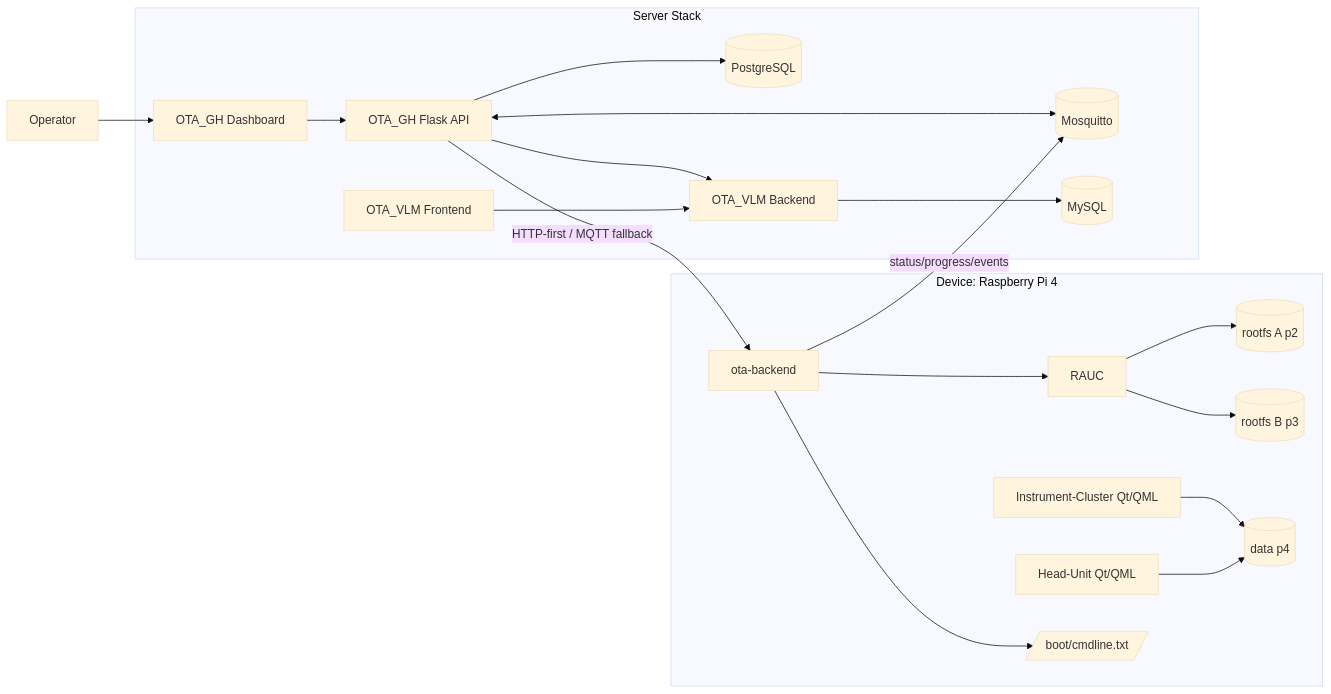
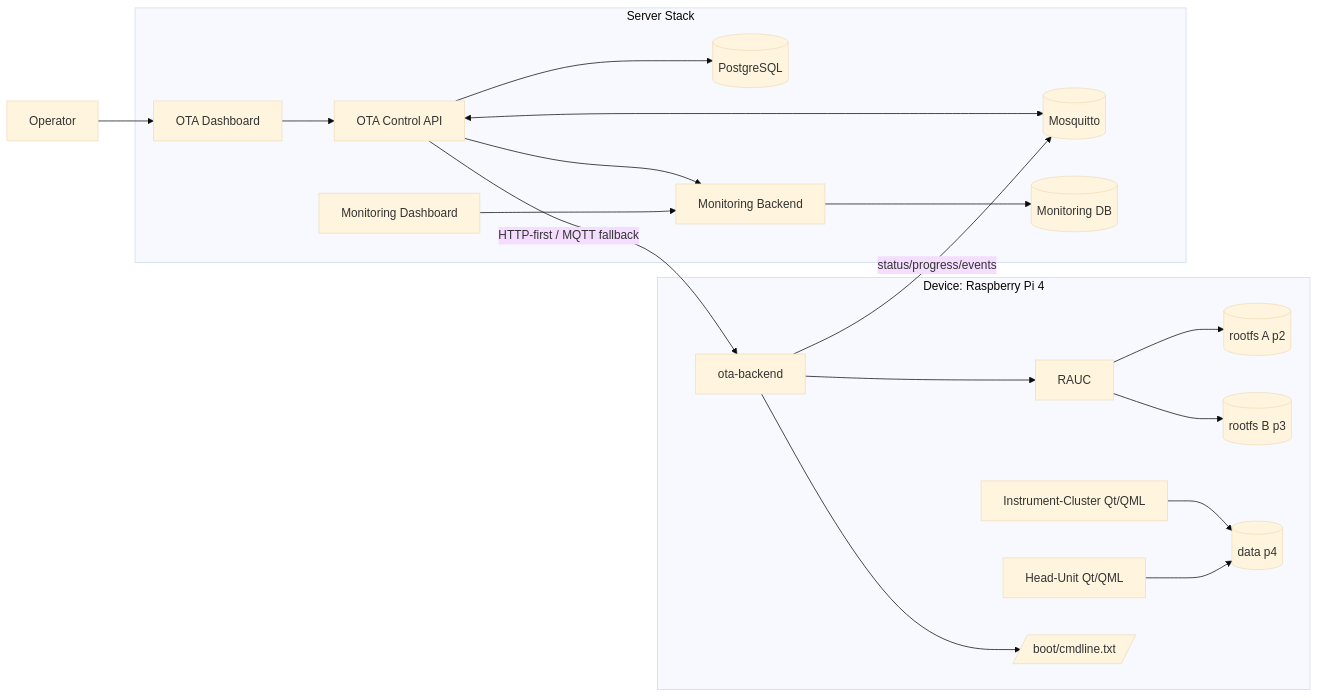
One commit to SEAME-MCS-OTA/OTA_HeadUnit_Itg changed the diagram in ARCHITECTURE.md. Above: the diagram before and after it, drawn with Mermaid (base theme). The commit also changed other lines of this file and 52 other files, not shown here.

````diff
--- a/ARCHITECTURE.md
+++ b/ARCHITECTURE.md
@@ -15,41 +16,41 @@
 ```mermaid
 flowchart LR
   subgraph Device[Device: Raspberry Pi 4]
     HU[Head-Unit Qt/QML]
     IC[Instrument-Cluster Qt/QML]
     OBE[ota-backend]
     RAUC[RAUC]
     BOOT[/boot/cmdline.txt/]
     SLOTA[(rootfs A p2)]
     SLOTB[(rootfs B p3)]
     DATA[(data p4)]
 
     OBE --> RAUC
     RAUC --> SLOTA
     RAUC --> SLOTB
     OBE --> BOOT
     HU --> DATA
     IC --> DATA
   end
 
   subgraph Server[Server Stack]
-    GH[OTA_GH Flask API]
+    CTRL[OTA Control API]
     PG[(PostgreSQL)]
     MQTT[(Mosquitto)]
-    DASH[OTA_GH Dashboard]
-    VLM_BE[OTA_VLM Backend]
-    VLM_DB[(MySQL)]
-    VLM_FE[OTA_VLM Frontend]
+    DASH[OTA Dashboard]
+    MON_BE[Monitoring Backend]
+    MON_DB[(Monitoring DB)]
+    MON_FE[Monitoring Dashboard]
 
-    GH --> PG
-    GH <--> MQTT
-    DASH --> GH
-    VLM_BE --> VLM_DB
-    VLM_FE --> VLM_BE
-    GH --> VLM_BE
+    CTRL --> PG
+    CTRL <--> MQTT
+    DASH --> CTRL
+    MON_BE --> MON_DB
+    MON_FE --> MON_BE
+    CTRL --> MON_BE
   end
 
   Admin[Operator] --> DASH
-  GH -->|HTTP-first / MQTT fallback| OBE
+  CTRL -->|HTTP-first / MQTT fallback| OBE
   OBE -->|status/progress/events| MQTT
 ```
````
